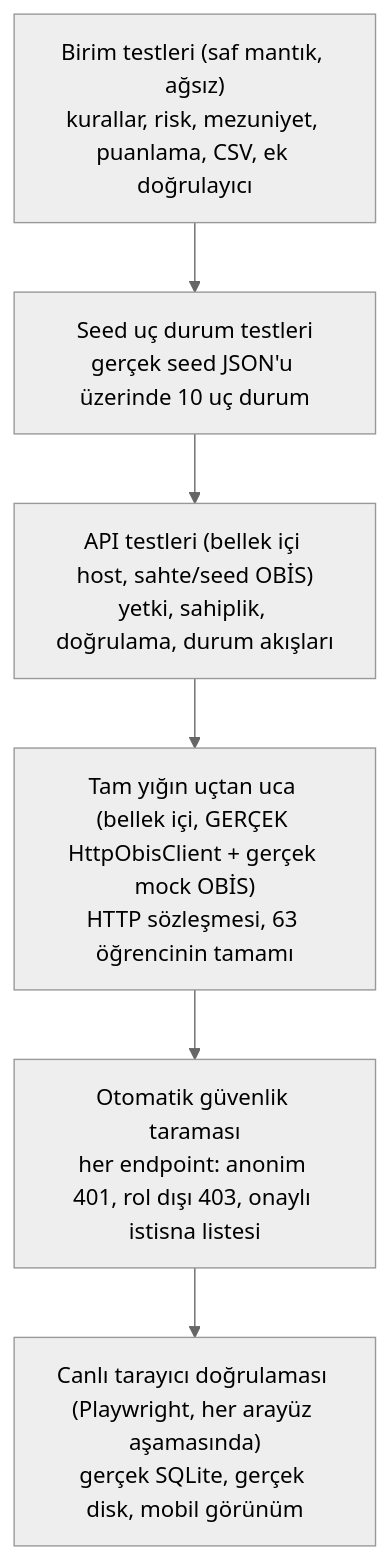
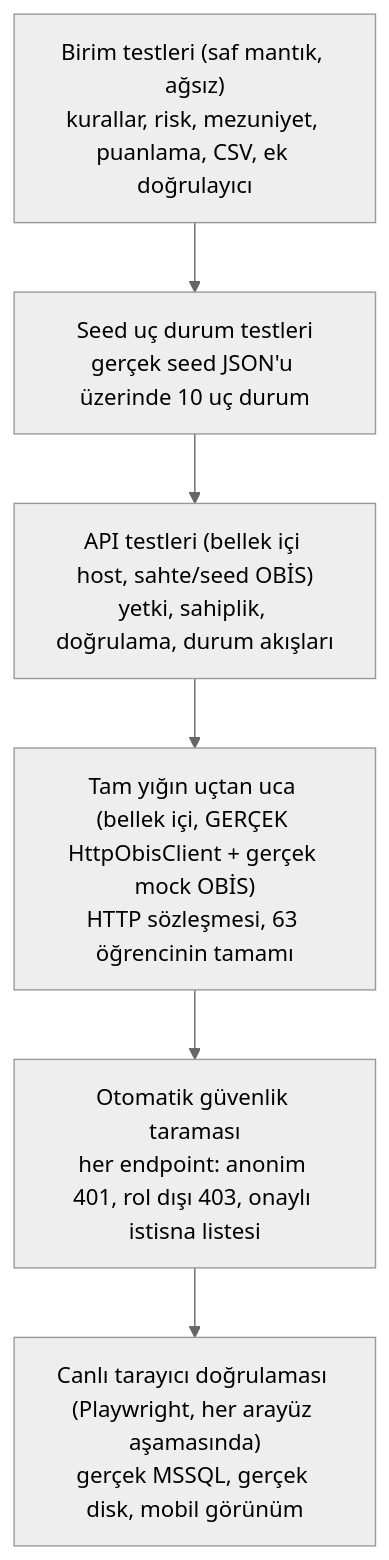
The eighth of 9 diagrams in docs/ARCHITECTURE.md (hmzbskn/ODBS), drawn with Mermaid (neutral theme) before and after one commit. The commit also changed other lines of this file and 65 other files, not shown here.

````diff
--- a/docs/ARCHITECTURE.md
+++ b/docs/ARCHITECTURE.md
@@ -404,10 +404,10 @@
 ```mermaid
 flowchart TB
     A["Birim testleri (saf mantık, ağsız)<br/>kurallar, risk, mezuniyet, puanlama, CSV, ek doğrulayıcı"]
     B["Seed uç durum testleri<br/>gerçek seed JSON'u üzerinde 10 uç durum"]
     C["API testleri (bellek içi host, sahte/seed OBİS)<br/>yetki, sahiplik, doğrulama, durum akışları"]
     D["Tam yığın uçtan uca (bellek içi, GERÇEK HttpObisClient + gerçek mock OBİS)<br/>HTTP sözleşmesi, 63 öğrencinin tamamı"]
     E["Otomatik güvenlik taraması<br/>her endpoint: anonim 401, rol dışı 403, onaylı istisna listesi"]
-    F["Canlı tarayıcı doğrulaması (Playwright, her arayüz aşamasında)<br/>gerçek SQLite, gerçek disk, mobil görünüm"]
+    F["Canlı tarayıcı doğrulaması (Playwright, her arayüz aşamasında)<br/>gerçek MSSQL, gerçek disk, mobil görünüm"]
     A --> B --> C --> D --> E --> F
 ```
````
